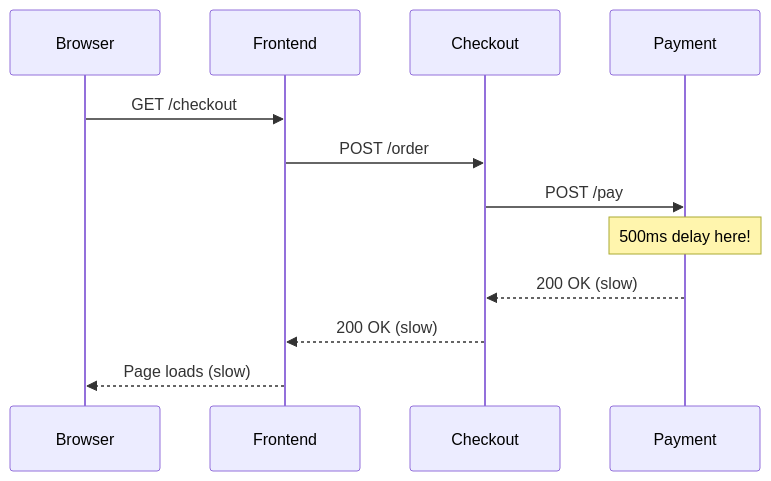
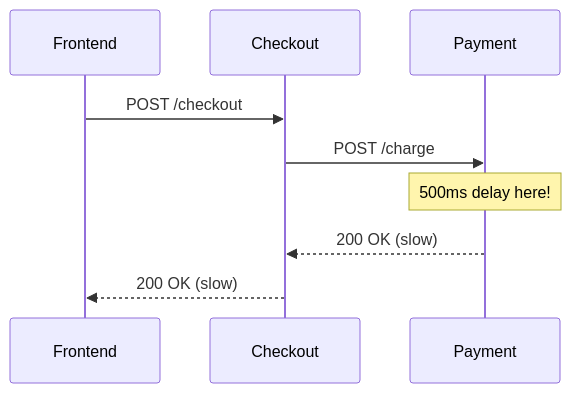
The third of 3 diagrams in workshops/partner-intro/workshop/content/10-incident-scenario.md (icediceice/Nutanix-NKP-Workshop), drawn with Mermaid before and after one commit. The commit also changed other lines of this file and 7 other files, not shown here.

````diff
--- a/workshops/partner-intro/workshop/content/10-incident-scenario.md
+++ b/workshops/partner-intro/workshop/content/10-incident-scenario.md
@@ -53,15 +77,12 @@
 ```mermaid
 sequenceDiagram
-    participant Browser
     participant Frontend
     participant Checkout
     participant Payment
 
-    Browser->>Frontend: GET /checkout
-    Frontend->>Checkout: POST /order
-    Checkout->>Payment: POST /pay
+    Frontend->>Checkout: POST /checkout
+    Checkout->>Payment: POST /charge
     Note over Payment: 500ms delay here!
     Payment-->>Checkout: 200 OK (slow)
     Checkout-->>Frontend: 200 OK (slow)
-    Frontend-->>Browser: Page loads (slow)
 ```
````
